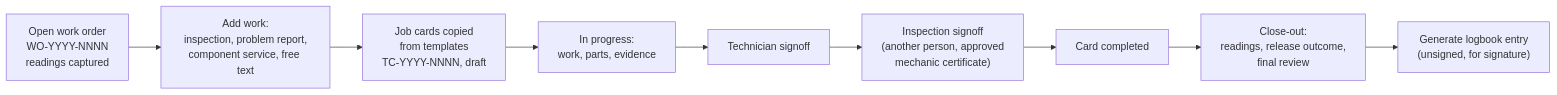
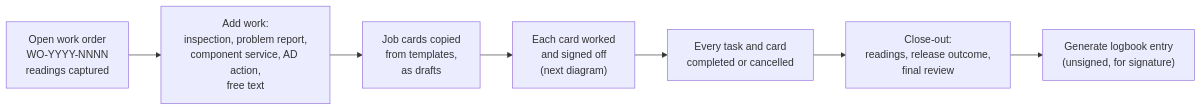
Before and after one commit to angelone-aviation/AO-aircraft-maintenance: the third of 6 diagrams in docs/handbook/2-how-it-works/how-it-works.md, drawn with Mermaid. The commit also changed other lines of this file and 1 other file, not shown here.

Commit message:
Correct how-it-works and capacity, and add state, sequence and flow diagrams

````diff
--- a/docs/handbook/2-how-it-works/how-it-works.md
+++ b/docs/handbook/2-how-it-works/how-it-works.md
@@ -41,11 +82,9 @@
 ```mermaid
 flowchart LR
-  WO["Open work order<br/>WO-YYYY-NNNN<br/>readings captured"] --> Items["Add work:<br/>inspection, problem report,<br/>component service, free text"]
-  Items --> Cards["Job cards copied<br/>from templates<br/>TC-YYYY-NNNN, draft"]
-  Cards --> Work["In progress:<br/>work, parts, evidence"]
-  Work --> Tech["Technician signoff"]
-  Tech --> Insp["Inspection signoff<br/>(another person, approved<br/>mechanic certificate)"]
-  Insp --> Done["Card completed"]
+  WO["Open work order<br/>WO-YYYY-NNNN<br/>readings captured"] --> Items["Add work:<br/>inspection, problem report,<br/>component service, AD action,<br/>free text"]
+  Items --> Cards["Job cards copied<br/>from templates,<br/>as drafts"]
+  Cards --> Work["Each card worked<br/>and signed off<br/>(next diagram)"]
+  Work --> Done["Every task and card<br/>completed or cancelled"]
   Done --> Close["Close-out:<br/>readings, release outcome,<br/>final review"]
   Close --> Log["Generate logbook entry<br/>(unsigned, for signature)"]
 ```
````
